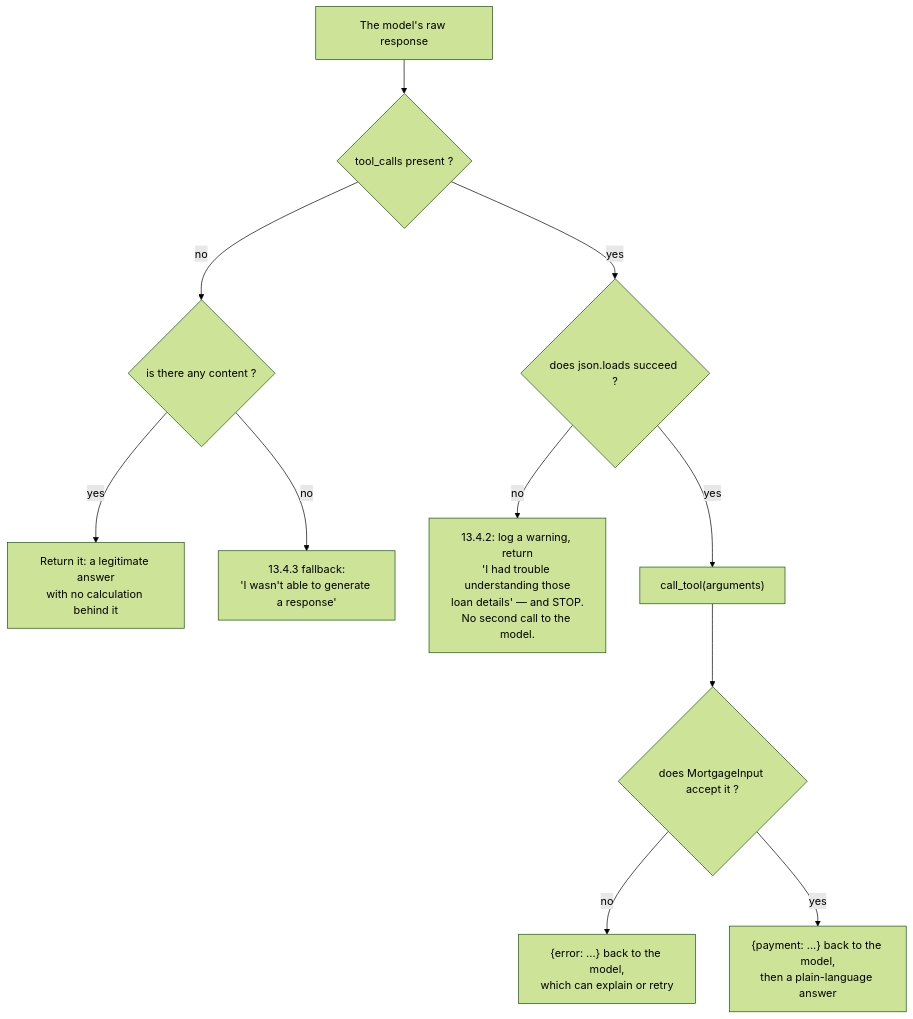
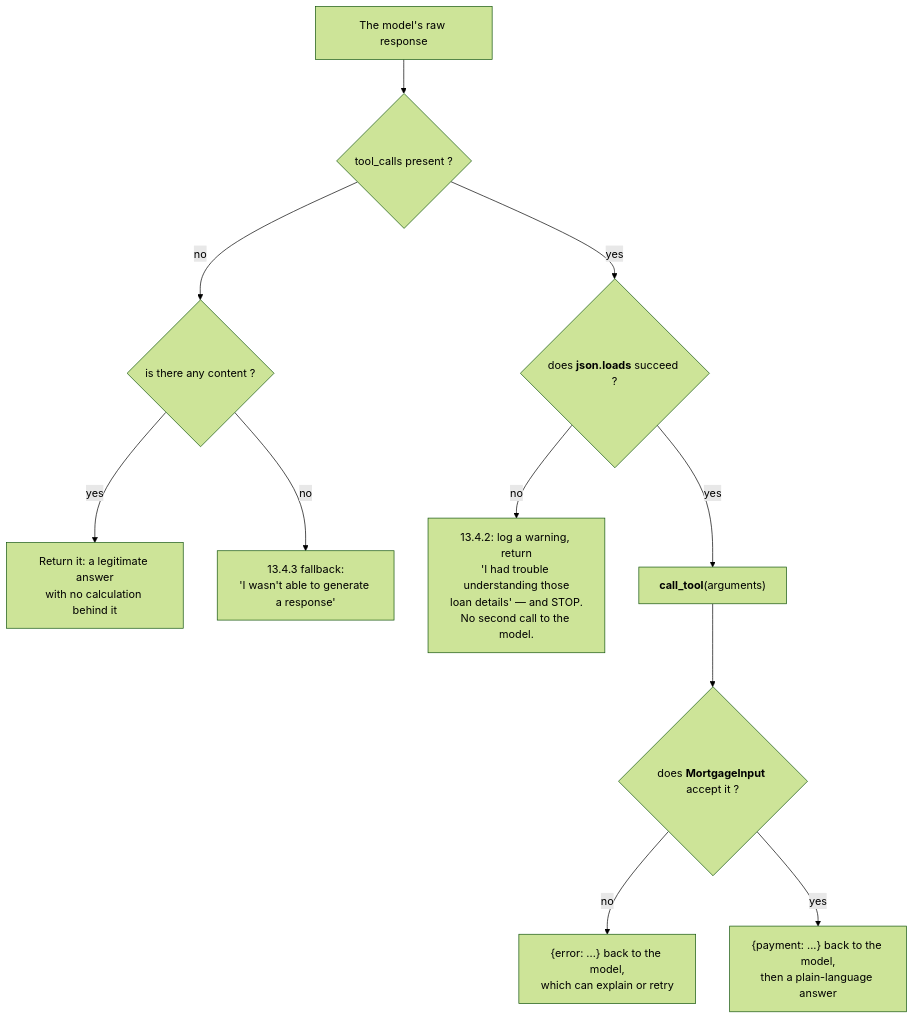
The second of 4 diagrams in manuscript/14-hardening.md (rioffe/intro_to_ai_software_engineering), drawn with Mermaid (forest theme) before and after one commit. The commit also changed other lines of this file and 17 other files, not shown here.

First line of the commit message:
Diagram readability pass, and keep diagrams with their intro sentence

````diff
--- a/manuscript/14-hardening.md
+++ b/manuscript/14-hardening.md
@@ -119,16 +119,16 @@
 ```mermaid
 flowchart TD
     RAW["The model's raw response"]
     RAW --> Q1{"tool_calls present ?"}
 
     Q1 -->|"no"| Q2{"is there any content ?"}
     Q2 -->|"yes"| A1["Return it: a legitimate answer<br/>with no calculation behind it"]
     Q2 -->|"no"| A2["13.4.3 fallback:<br/>'I wasn't able to generate a response'"]
 
-    Q1 -->|"yes"| Q3{"does json.loads succeed ?"}
+    Q1 -->|"yes"| Q3{"does <b>json.loads</b> succeed ?"}
     Q3 -->|"no"| A3["13.4.2: log a warning, return<br/>'I had trouble understanding those<br/>loan details' — and STOP.<br/>No second call to the model."]
-    Q3 -->|"yes"| CALL["call_tool(arguments)"]
-    CALL --> Q4{"does MortgageInput accept it ?"}
+    Q3 -->|"yes"| CALL["<b>call_tool</b>(arguments)"]
+    CALL --> Q4{"does <b>MortgageInput</b> accept it ?"}
     Q4 -->|"no"| A4["{error: ...} back to the model,<br/>which can explain or retry"]
     Q4 -->|"yes"| A5["{payment: ...} back to the model,<br/>then a plain-language answer"]
 ```
````
